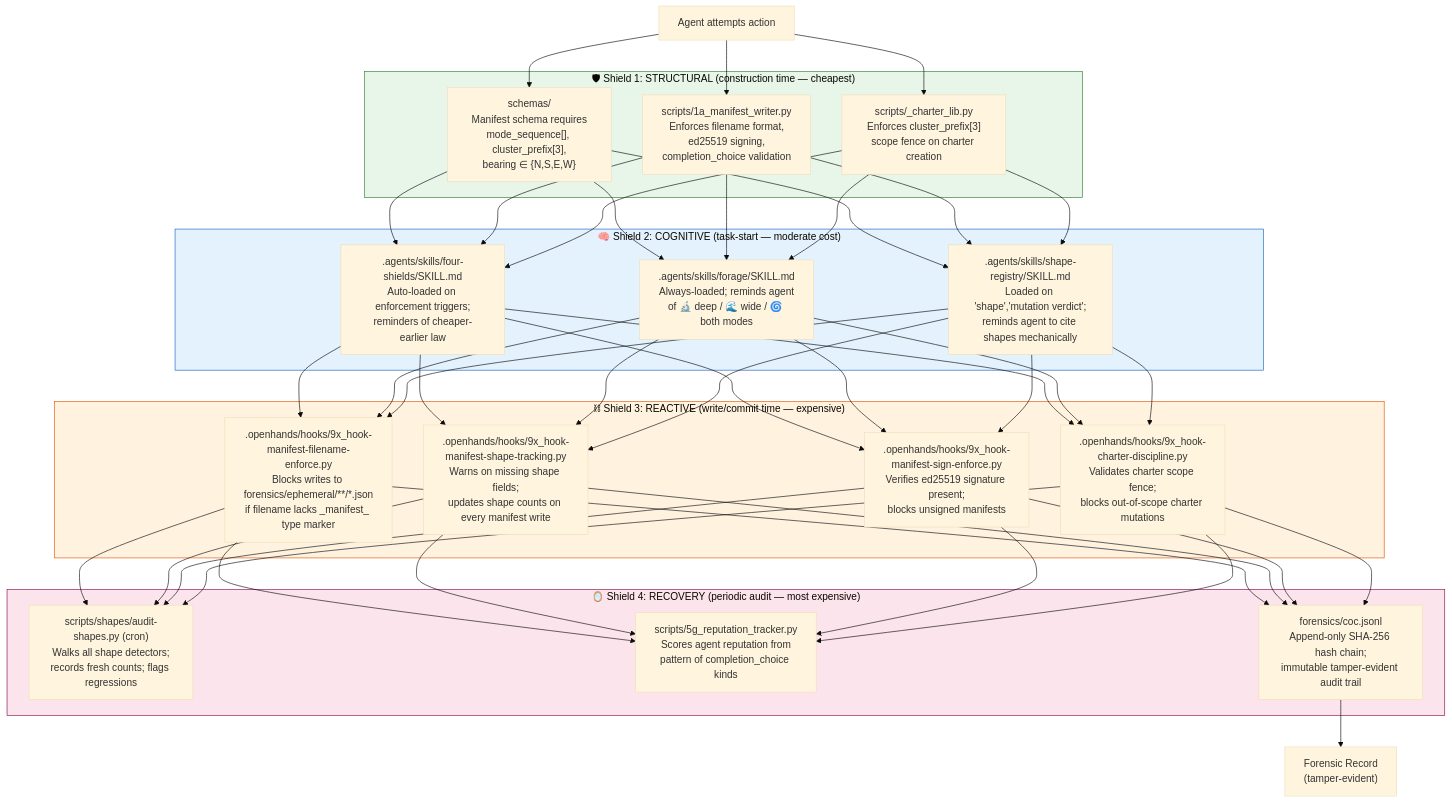
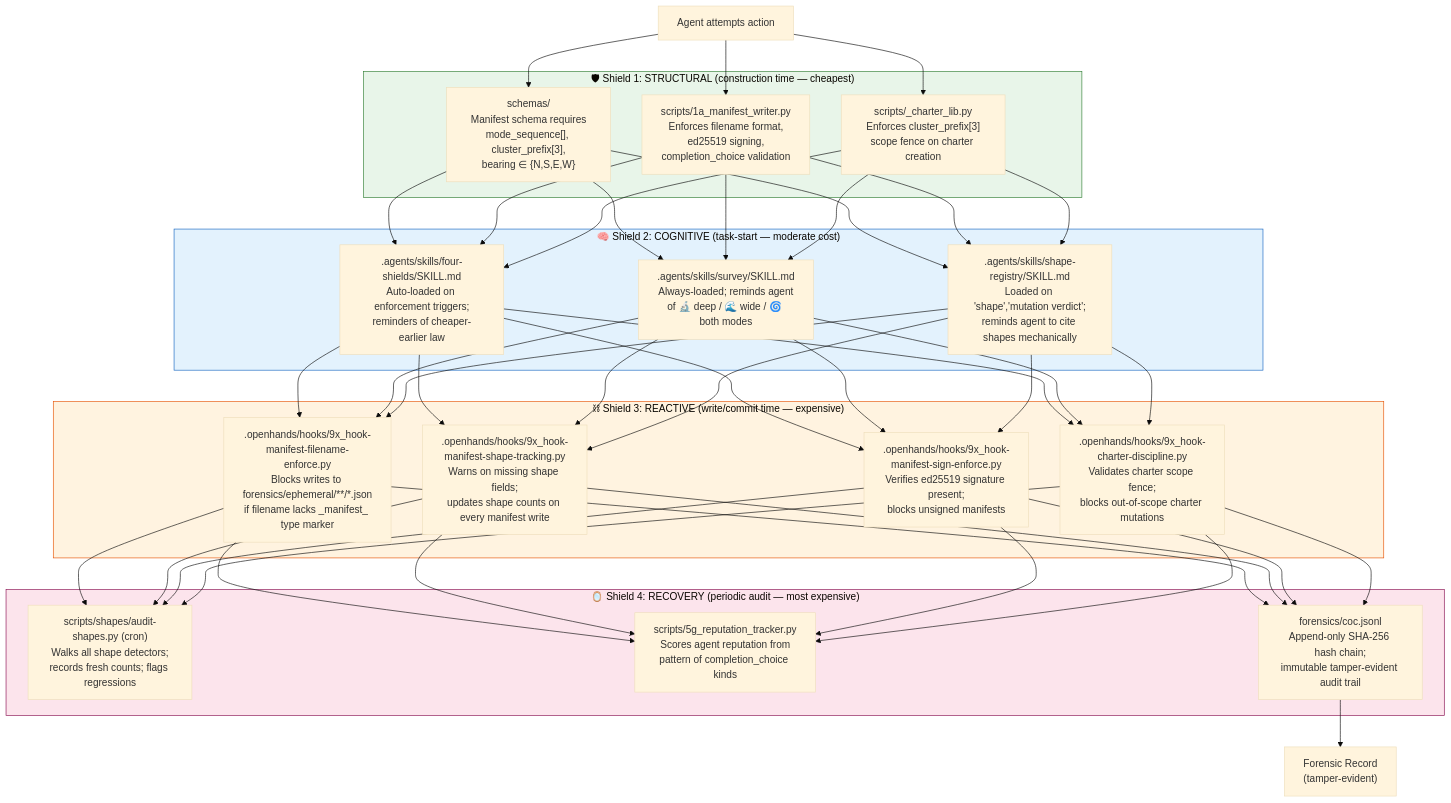
The first of 4 diagrams in 00-Patent/PATENT-APPLICATION-DRAFT.md (goodoleusa/faerie-vault-bkp), drawn with Mermaid (base theme) before and after one commit. The commit also changed other lines of this file and 8 other files, not shown here.

````diff
--- a/00-Patent/PATENT-APPLICATION-DRAFT.md
+++ b/00-Patent/PATENT-APPLICATION-DRAFT.md
@@ -132,38 +132,38 @@
 ```mermaid
 flowchart TD
     subgraph STRUCTURAL["🛡 Shield 1: STRUCTURAL (construction time — cheapest)"]
         S1["schemas/\nManifest schema requires\nmode_sequence[], cluster_prefix[3],\nbearing ∈ {N,S,E,W}"]
         S2["scripts/1a_manifest_writer.py\nEnforces filename format,\ned25519 signing,\ncompletion_choice validation"]
         S3["scripts/_charter_lib.py\nEnforces cluster_prefix[3]\nscope fence on charter creation"]
     end
 
     subgraph COGNITIVE["🧠 Shield 2: COGNITIVE (task-start — moderate cost)"]
         C1[".agents/skills/four-shields/SKILL.md\nAuto-loaded on enforcement triggers;\nreminders of cheaper-earlier law"]
-        C2[".agents/skills/forage/SKILL.md\nAlways-loaded; reminds agent\nof 🔬 deep / 🌊 wide / 🌀 both modes"]
+        C2[".agents/skills/survey/SKILL.md\nAlways-loaded; reminds agent\nof 🔬 deep / 🌊 wide / 🌀 both modes"]
         C3[".agents/skills/shape-registry/SKILL.md\nLoaded on 'shape','mutation verdict';\nreminds agent to cite shapes mechanically"]
     end
 
     subgraph REACTIVE["⛓ Shield 3: REACTIVE (write/commit time — expensive)"]
         R1[".openhands/hooks/9x_hook-manifest-filename-enforce.py\nBlocks writes to forensics/ephemeral/**/*.json\nif filename lacks _manifest_ type marker"]
         R2[".openhands/hooks/9x_hook-manifest-shape-tracking.py\nWarns on missing shape fields;\nupdates shape counts on every manifest write"]
         R3[".openhands/hooks/9x_hook-manifest-sign-enforce.py\nVerifies ed25519 signature present;\nblocks unsigned manifests"]
         R4[".openhands/hooks/9x_hook-charter-discipline.py\nValidates charter scope fence;\nblocks out-of-scope charter mutations"]
     end
 
     subgraph RECOVERY["🪞 Shield 4: RECOVERY (periodic audit — most expensive)"]
         V1["scripts/shapes/audit-shapes.py (cron)\nWalks all shape detectors;\nrecords fresh counts; flags regressions"]
         V2["scripts/5g_reputation_tracker.py\nScores agent reputation from\npattern of completion_choice kinds"]
         V3["forensics/coc.jsonl\nAppend-only SHA-256 hash chain;\nimmutable tamper-evident audit trail"]
     end
 
     AgentAction["Agent attempts action"] --> S1 & S2 & S3
     S1 & S2 & S3 --> C1 & C2 & C3
     C1 & C2 & C3 --> R1 & R2 & R3 & R4
     R1 & R2 & R3 & R4 --> V1 & V2 & V3
     V3 --> IMMUTABLE["Forensic Record\n(tamper-evident)"]
 
     style STRUCTURAL fill:#e8f5e9,stroke:#2e7d32
     style COGNITIVE fill:#e3f2fd,stroke:#1565c0
     style REACTIVE fill:#fff3e0,stroke:#e65100
     style RECOVERY fill:#fce4ec,stroke:#880e4f
 ```
````
